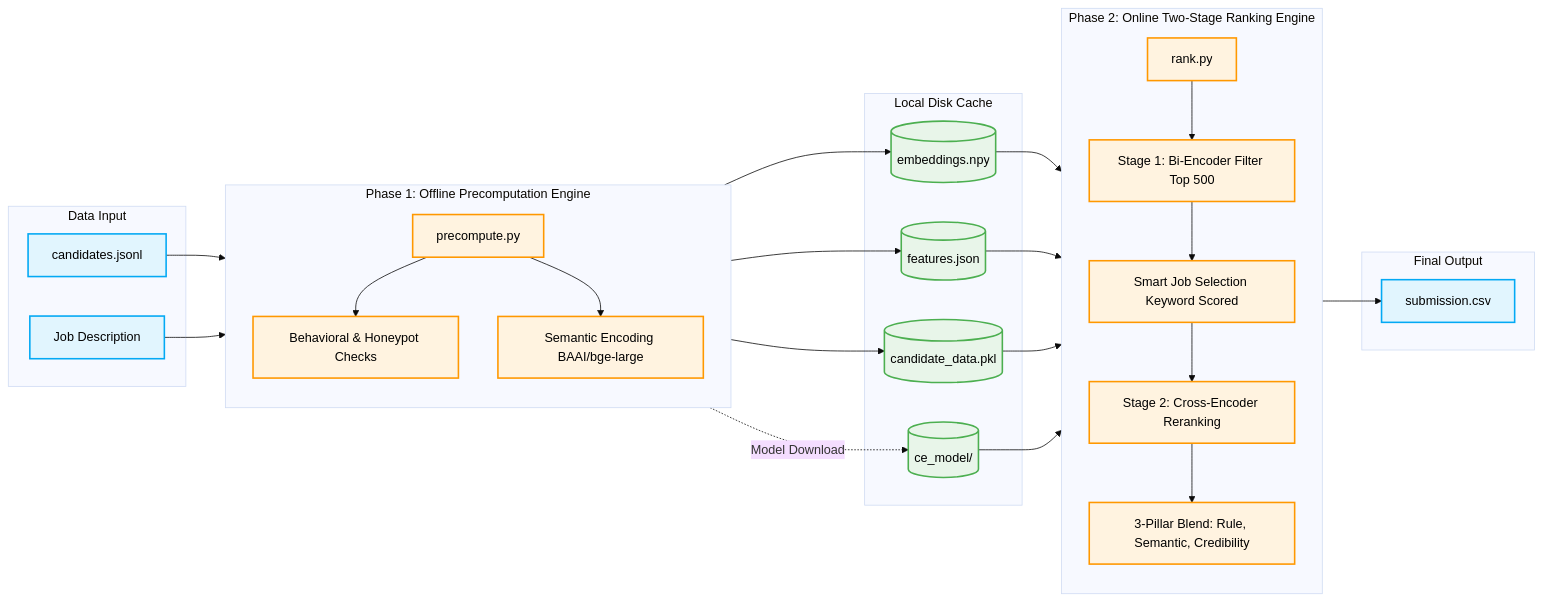
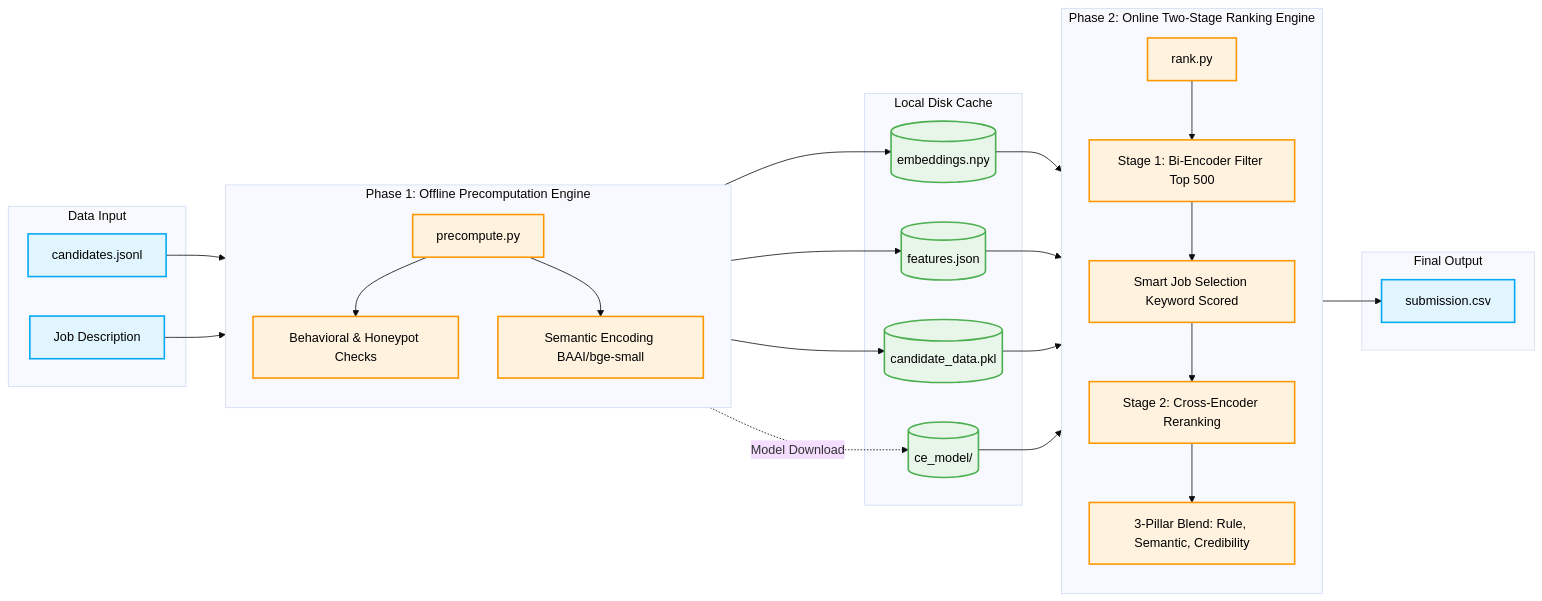
The diagram in README.md (Amanjha112113/ai-candidate-ranker), drawn with Mermaid (base theme) before and after one commit. The commit also changed other lines of this file and 3 other files, not shown here.

Commit message:
Revert embedding model to bge-small for speed/efficiency

````diff
--- a/README.md
+++ b/README.md
@@ -31,68 +31,68 @@
 ```mermaid
 graph LR
     %% Widescreen Optimized Layout
     
     subgraph Data Input
         A[candidates.jsonl]
         B[Job Description]
     end
 
     subgraph Phase 1: Offline Precomputation Engine
         direction TB
         C[precompute.py]
         D[Behavioral & Honeypot Checks]
-        E[Semantic Encoding BAAI/bge-large]
+        E[Semantic Encoding BAAI/bge-small]
         C --> D
         C --> E
     end
 
     subgraph Local Disk Cache
         F[(embeddings.npy)]
         G[(features.json)]
         H[(candidate_data.pkl)]
         I[(ce_model/)]
     end
 
     subgraph Phase 2: Online Two-Stage Ranking Engine
         direction TB
         J[rank.py]
         K[Stage 1: Bi-Encoder Filter Top 500]
         L[Smart Job Selection Keyword Scored]
         M[Stage 2: Cross-Encoder Reranking]
         N[3-Pillar Blend: Rule, Semantic, Credibility]
         
         J --> K
         K --> L
         L --> M
         M --> N
     end
 
     subgraph Final Output
         O[submission.csv]
     end
 
     %% Connections
     A --> C
     B --> C
     
     D --> G
     E --> F
     C --> H
     C -. Model Download .-> I
     
     F --> J
     G --> J
     H --> J
     I --> M
     
     N --> O
 
     %% Styling
     classDef primary fill:#e1f5fe,stroke:#03a9f4,stroke-width:2px,color:#000;
     classDef secondary fill:#fff3e0,stroke:#ff9800,stroke-width:2px,color:#000;
     classDef storage fill:#e8f5e9,stroke:#4caf50,stroke-width:2px,color:#000;
     
     class A,B,O primary;
     class C,D,E,J,K,L,M,N secondary;
     class F,G,H,I storage;
 ```
````
